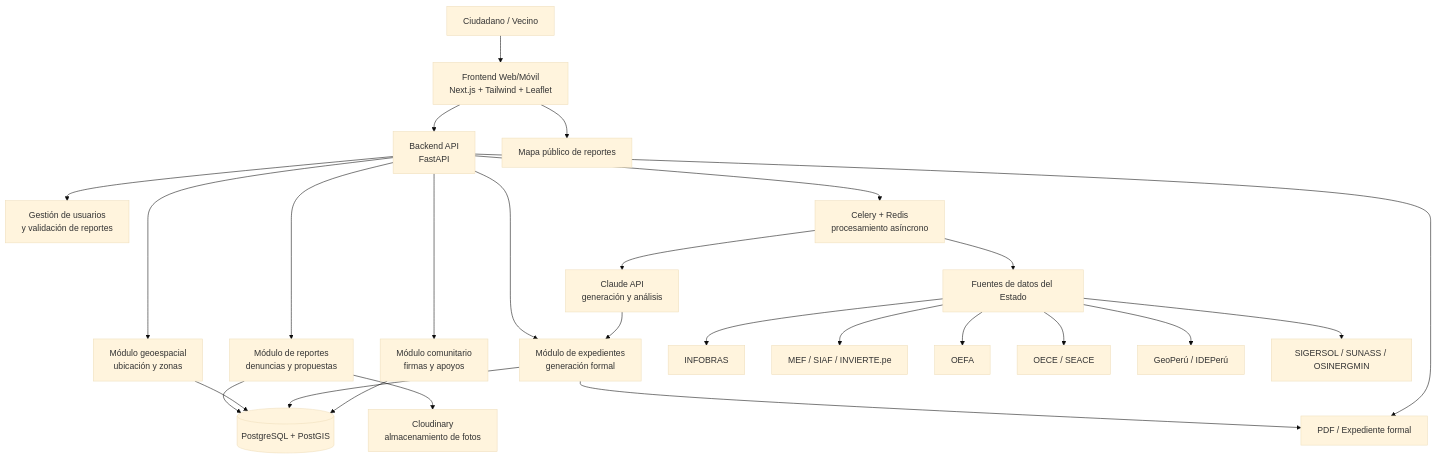
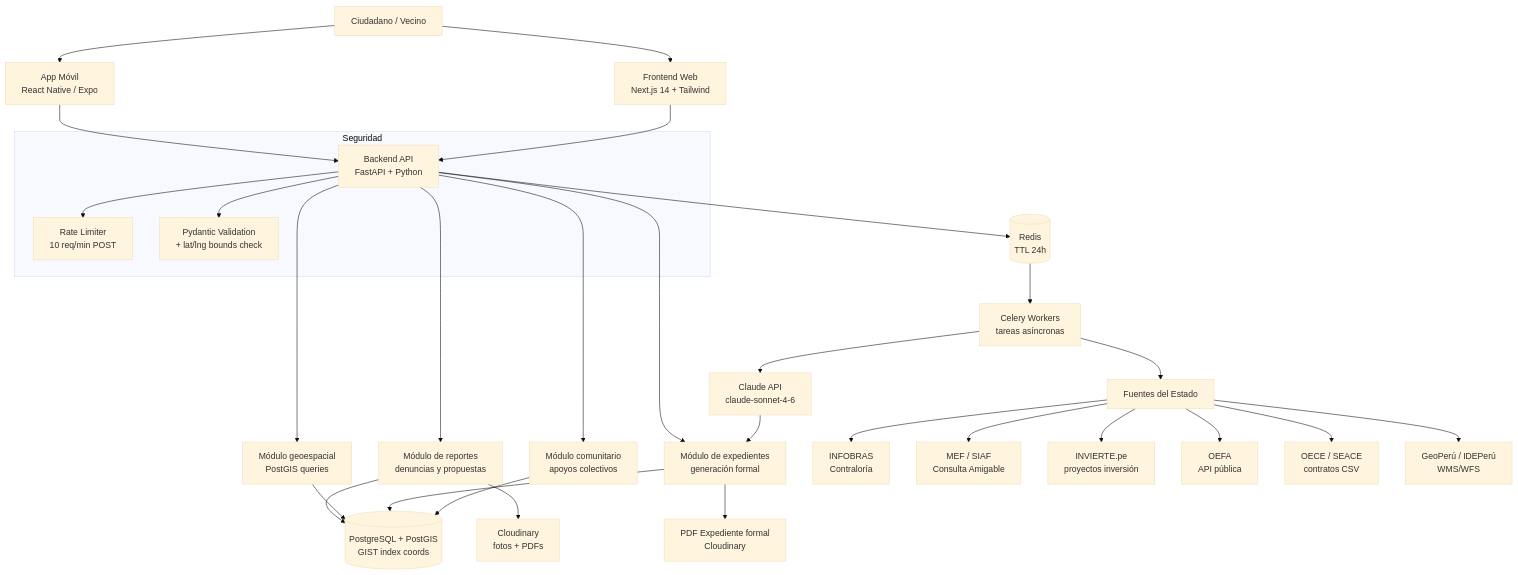
One commit to NeonStack-PUCP/Vibecoding changed the first of 8 diagrams in docs/architecture.md. Above: the diagram before and after it, drawn with Mermaid (base theme). The commit also changed other lines of this file and 85 other files, not shown here.

First line of the commit message:
feat(mobile,backend,infra): add full ReportaPe implementation

````diff
--- a/docs/architecture.md
+++ b/docs/architecture.md
@@ -11,36 +11,43 @@
 ```mermaid
 flowchart TD
-    Usuario[Ciudadano / Vecino] --> Frontend[Frontend Web/Móvil<br/>Next.js + Tailwind + Leaflet]
+    Ciudadano[Ciudadano / Vecino]
 
-    Frontend --> API[Backend API<br/>FastAPI]
+    Ciudadano --> Mobile[App Móvil<br/>React Native / Expo]
+    Ciudadano --> Web[Frontend Web<br/>Next.js 14 + Tailwind]
 
-    API --> Auth[Gestión de usuarios<br/>y validación de reportes]
+    Mobile --> API[Backend API<br/>FastAPI + Python]
+    Web --> API
+
+    subgraph Seguridad
+        API --> RateLimit[Rate Limiter<br/>10 req/min POST]
+        API --> Validation[Pydantic Validation<br/>+ lat/lng bounds check]
+    end
+
     API --> Reportes[Módulo de reportes<br/>denuncias y propuestas]
-    API --> Geo[Módulo geoespacial<br/>ubicación y zonas]
+    API --> Geo[Módulo geoespacial<br/>PostGIS queries]
     API --> Expedientes[Módulo de expedientes<br/>generación formal]
-    API --> Comunidad[Módulo comunitario<br/>firmas y apoyos]
+    API --> Comunidad[Módulo comunitario<br/>apoyos colectivos]
 
-    Reportes --> DB[(PostgreSQL + PostGIS)]
+    Reportes --> DB[(PostgreSQL + PostGIS<br/>GIST index coords)]
     Geo --> DB
     Expedientes --> DB
     Comunidad --> DB
 
-    Reportes --> Fotos[Cloudinary<br/>almacenamiento de fotos]
+    Reportes --> Fotos[Cloudinary<br/>fotos + PDFs]
 
-    API --> Queue[Celery + Redis<br/>procesamiento asíncrono]
+    API --> Cache[(Redis<br/>TTL 24h)]
+    Cache --> Queue[Celery Workers<br/>tareas asíncronas]
 
-    Queue --> Estado[Fuentes de datos del Estado]
-    Queue --> IA[Claude API<br/>generación y análisis]
+    Queue --> Estado[Fuentes del Estado]
+    Queue --> IA[Claude API<br/>claude-sonnet-4-6]
 
-    Estado --> INFOBRAS[INFOBRAS]
-    Estado --> MEF[MEF / SIAF / INVIERTE.pe]
-    Estado --> OEFA[OEFA]
-    Estado --> SEACE[OECE / SEACE]
-    Estado --> GeoPeru[GeoPerú / IDEPerú]
-    Estado --> Otros[SIGERSOL / SUNASS / OSINERGMIN]
+    Estado --> INFOBRAS[INFOBRAS<br/>Contraloría]
+    Estado --> MEF[MEF / SIAF<br/>Consulta Amigable]
+    Estado --> INVIERTE[INVIERTE.pe<br/>proyectos inversión]
+    Estado --> OEFA[OEFA<br/>API pública]
+    Estado --> SEACE[OECE / SEACE<br/>contratos CSV]
+    Estado --> GeoPeru[GeoPerú / IDEPerú<br/>WMS/WFS]
 
     IA --> Expedientes
-    Expedientes --> PDF[PDF / Expediente formal]
-    API --> PDF
-    Frontend --> Mapa[Mapa público de reportes]
+    Expedientes --> PDF[PDF Expediente formal<br/>Cloudinary]
 ```
````
